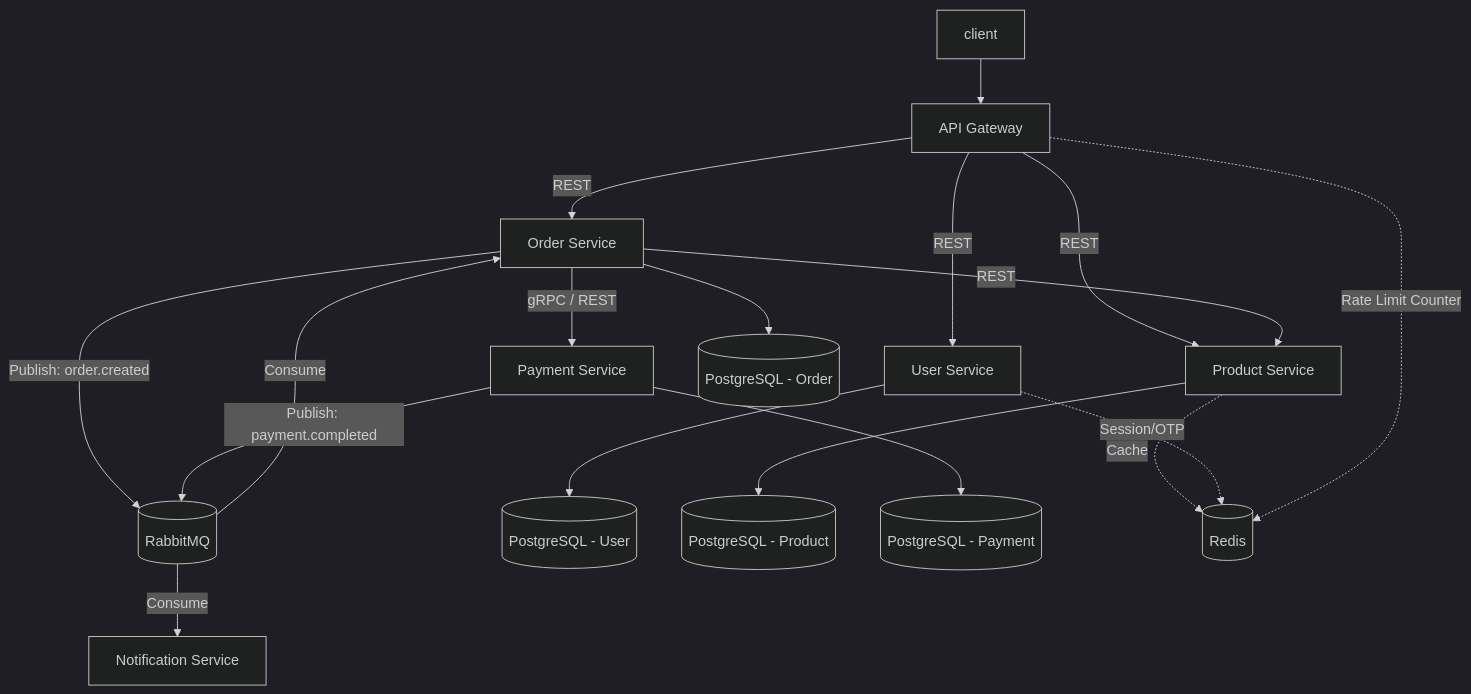
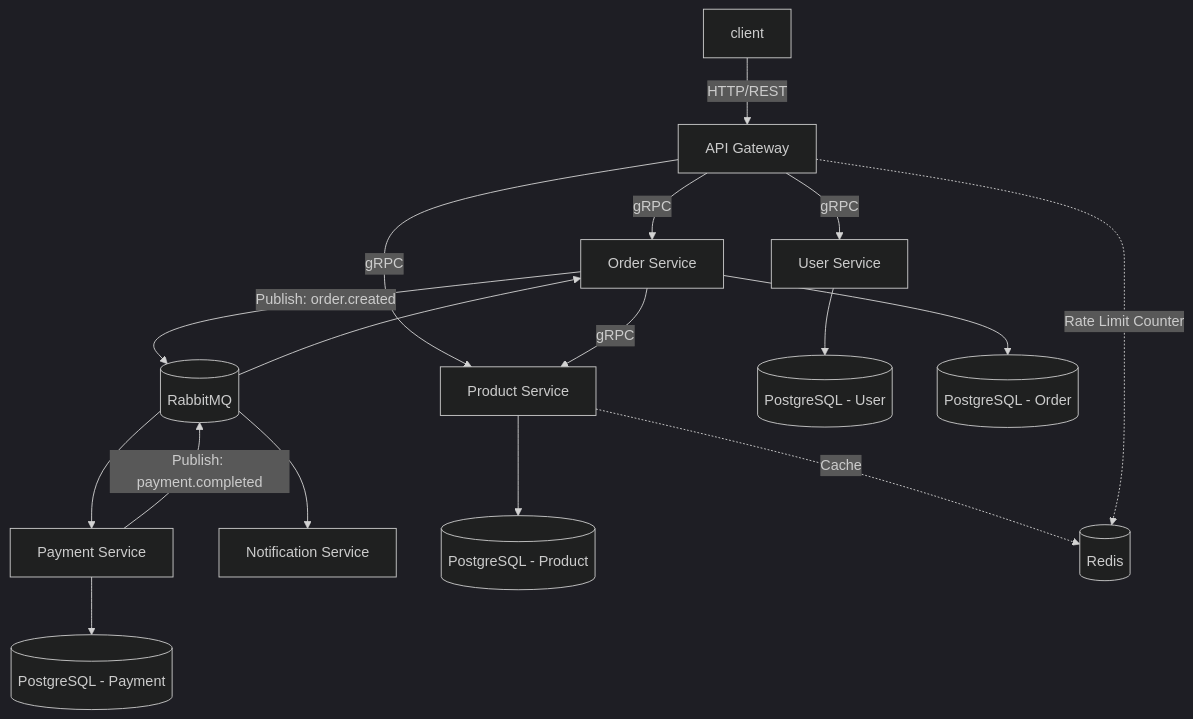
One commit to avas1436/golang-gin changed the first of 3 diagrams in docs/architecture.md. Above: the diagram before and after it, drawn with Mermaid (dark theme). The commit also changed 1 other file, not shown here.

Commit message:
docs(project): use gRPC instead of simple REST for communicate between services.

````diff
--- a/docs/architecture.md
+++ b/docs/architecture.md
@@ -13,25 +13,30 @@
 ```mermaid
 graph TD
-    Client[client] --> Gateway[API Gateway]
+    Client[Client]
 
-    Gateway -->|REST| UserService[User Service]
-    Gateway -->|REST| ProductService[Product Service]
-    Gateway -->|REST| OrderService[Order Service]
+    Client[client] -->|HTTP/REST| Gateway[API Gateway]
 
-    OrderService -->|gRPC / REST| PaymentService[Payment Service]
-    OrderService -->|REST| ProductService
+    Gateway -->|gRPC| UserService[User Service]
+    Gateway -->|gRPC| ProductService[Product Service]
+    Gateway -->|gRPC| OrderService[Order Service]
+
+    OrderService -->|gRPC| ProductService
 
     OrderService -->|Publish: order.created| RabbitMQ[(RabbitMQ)]
+
+    RabbitMQ --> PaymentService[Payment Service]
+
     PaymentService -->|Publish: payment.completed| RabbitMQ
-    RabbitMQ -->|Consume| NotificationService[Notification Service]
-    RabbitMQ -->|Consume| OrderService
+
+    RabbitMQ --> OrderService
+
+    RabbitMQ --> NotificationService[Notification Service]
 
     UserService --> UserDB[(PostgreSQL - User)]
     ProductService --> ProductDB[(PostgreSQL - Product)]
     OrderService --> OrderDB[(PostgreSQL - Order)]
     PaymentService --> PaymentDB[(PostgreSQL - Payment)]
 
     ProductService -.->|Cache| Redis[(Redis)]
-    UserService -.->|Session/OTP| Redis
     Gateway -.->|Rate Limit Counter| Redis
 ```
````
